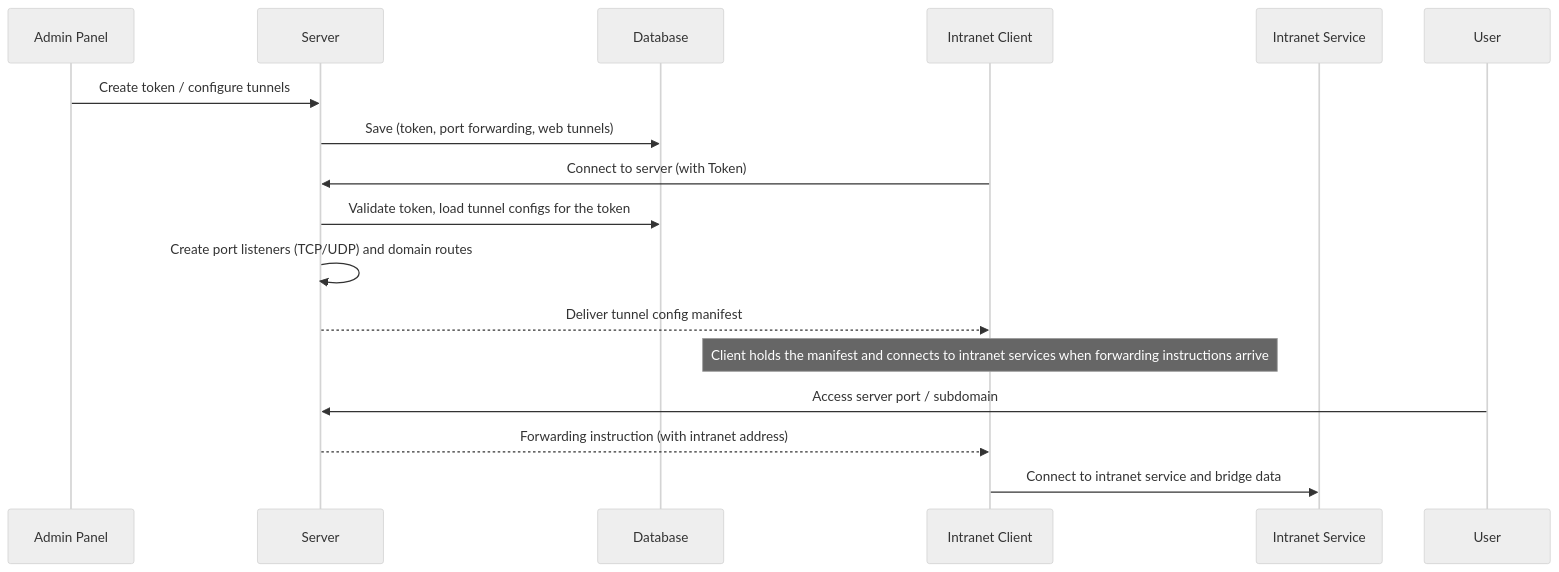
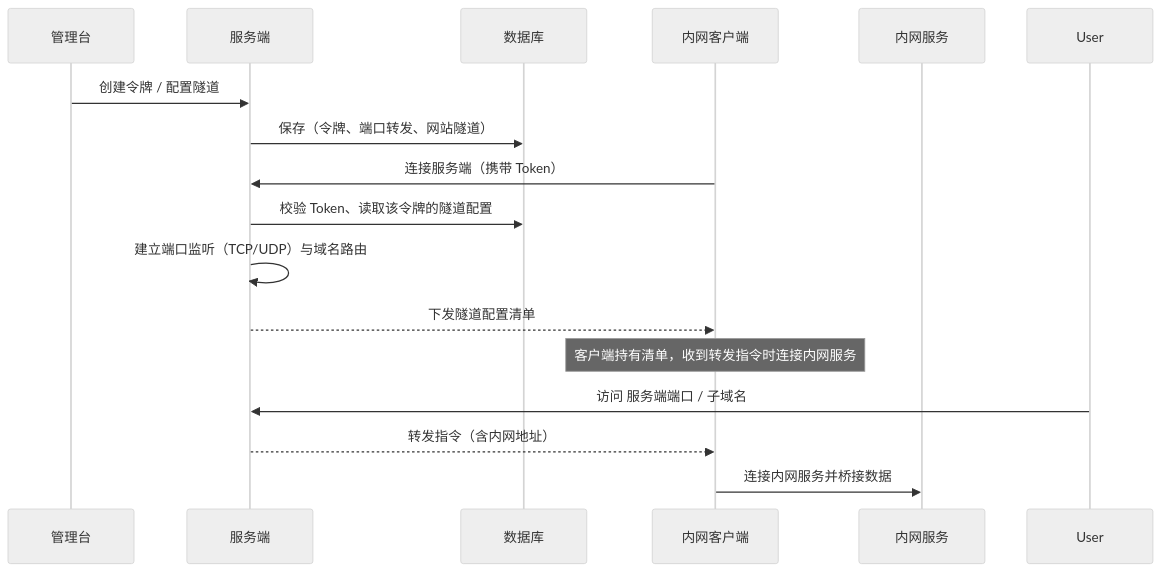
One commit to bambuo/FastTunnel changed the second of 2 diagrams in README.md. Above: the diagram before and after it, drawn with Mermaid (neutral theme). The commit also changed other lines of this file and 4 other files, not shown here.

````diff
--- a/README.md
+++ b/README.md
@@ -75,19 +75,19 @@
 ```mermaid
 sequenceDiagram
-    participant Admin as Admin Panel
-    participant API as Server
-    participant DB as Database
-    participant Client as Intranet Client
-    participant Svc as Intranet Service
+    participant Admin as 管理台
+    participant API as 服务端
+    participant DB as 数据库
+    participant Client as 内网客户端
+    participant Svc as 内网服务
 
-    Admin->>API: Create token / configure tunnels
-    API->>DB: Save (token, port forwarding, web tunnels)
-    Client->>API: Connect to server (with Token)
-    API->>DB: Validate token, load tunnel configs for the token
-    API->>API: Create port listeners (TCP/UDP) and domain routes
-    API-->>Client: Deliver tunnel config manifest
-    Note over Client: Client holds the manifest and connects to intranet services when forwarding instructions arrive
-    User->>API: Access server port / subdomain
-    API-->>Client: Forwarding instruction (with intranet address)
-    Client->>Svc: Connect to intranet service and bridge data
+    Admin->>API: 创建令牌 / 配置隧道
+    API->>DB: 保存（令牌、端口转发、网站隧道）
+    Client->>API: 连接服务端（携带 Token）
+    API->>DB: 校验 Token、读取该令牌的隧道配置
+    API->>API: 建立端口监听（TCP/UDP）与域名路由
+    API-->>Client: 下发隧道配置清单
+    Note over Client: 客户端持有清单，收到转发指令时连接内网服务
+    User->>API: 访问 服务端端口 / 子域名
+    API-->>Client: 转发指令（含内网地址）
+    Client->>Svc: 连接内网服务并桥接数据
 ```
````
